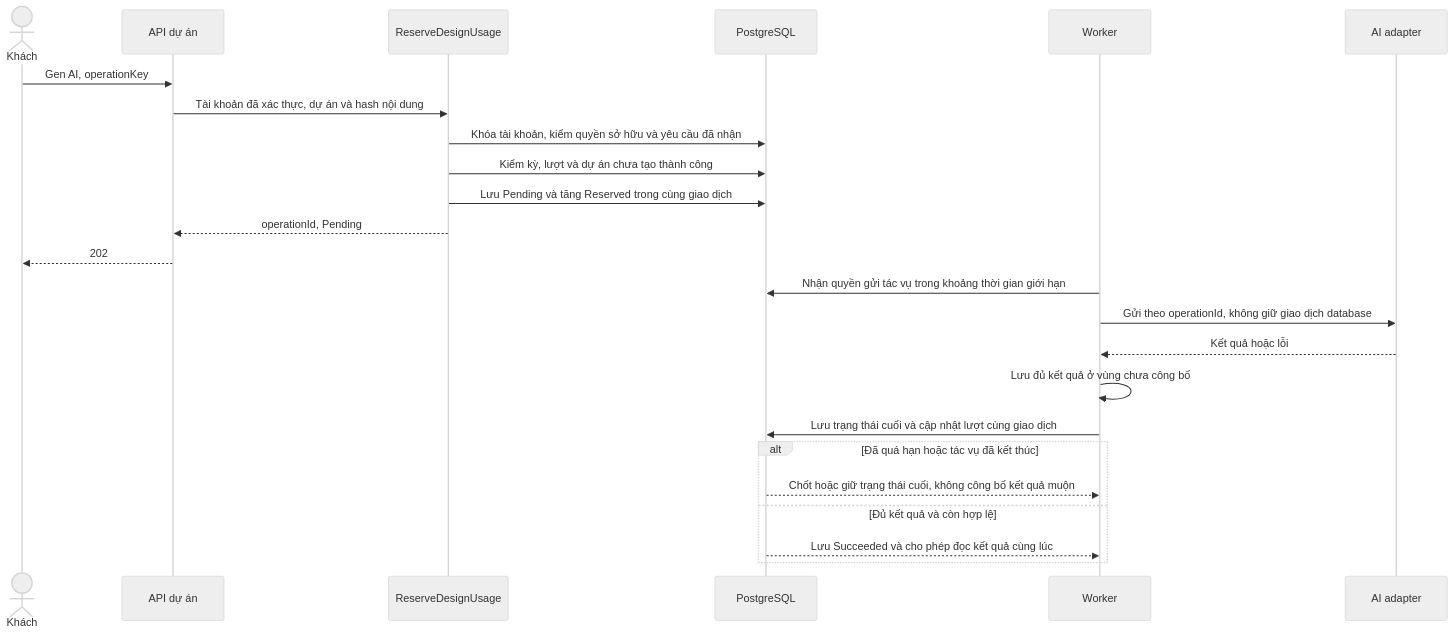
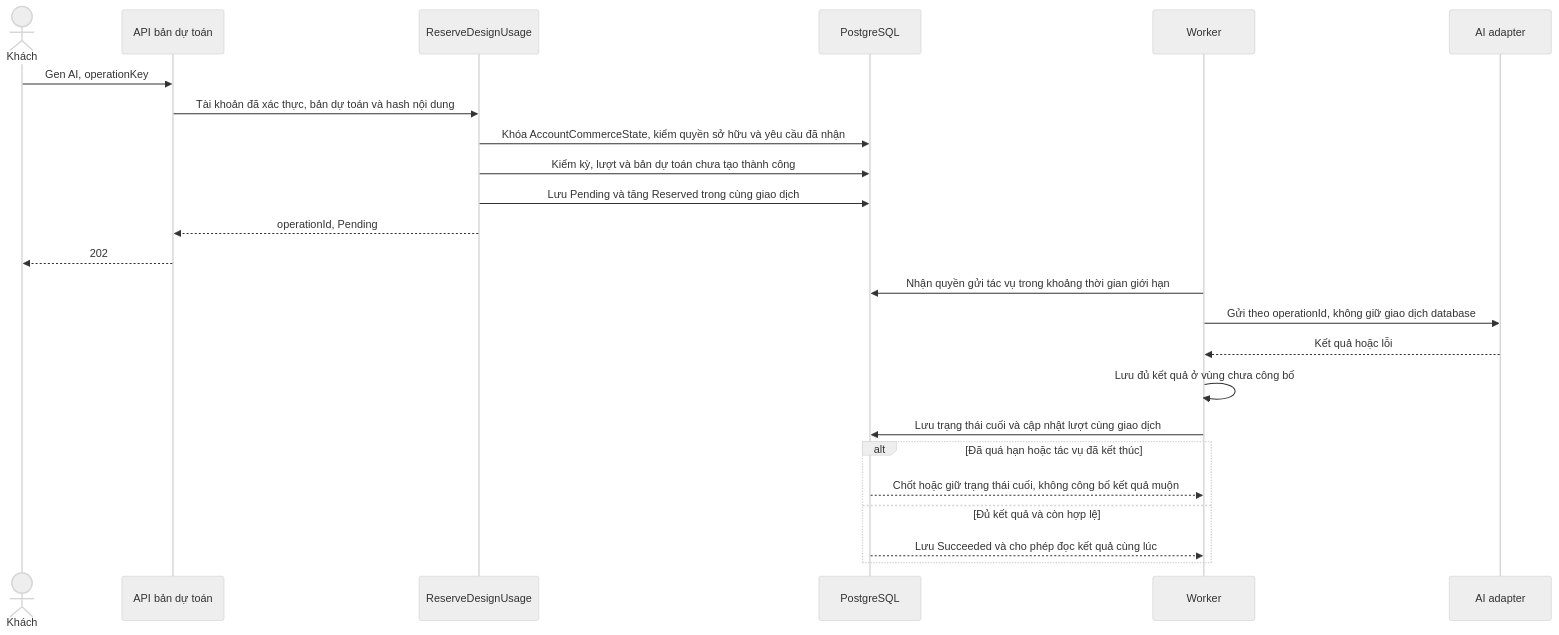
One commit to TaskCoper/bmt-documentation changed the second of 5 diagrams in tdd/TDD-SUB-002.md. Above: the diagram before and after it, drawn with Mermaid (neutral theme). The commit also changed other lines of this file and 19 other files, not shown here.

````diff
--- a/tdd/TDD-SUB-002.md
+++ b/tdd/TDD-SUB-002.md
@@ -298,26 +311,26 @@
 ```mermaid
 sequenceDiagram
     actor U as Khách
-    participant API as API dự án
+    participant API as API bản dự toán
     participant H as ReserveDesignUsage
     participant DB as PostgreSQL
     participant W as Worker
     participant AI as AI adapter
     U->>API: Gen AI, operationKey
-    API->>H: Tài khoản đã xác thực, dự án và hash nội dung
-    H->>DB: Khóa tài khoản, kiểm quyền sở hữu và yêu cầu đã nhận
-    H->>DB: Kiểm kỳ, lượt và dự án chưa tạo thành công
+    API->>H: Tài khoản đã xác thực, bản dự toán và hash nội dung
+    H->>DB: Khóa AccountCommerceState, kiểm quyền sở hữu và yêu cầu đã nhận
+    H->>DB: Kiểm kỳ, lượt và bản dự toán chưa tạo thành công
     H->>DB: Lưu Pending và tăng Reserved trong cùng giao dịch
     H-->>API: operationId, Pending
     API-->>U: 202
     W->>DB: Nhận quyền gửi tác vụ trong khoảng thời gian giới hạn
     W->>AI: Gửi theo operationId, không giữ giao dịch database
     AI-->>W: Kết quả hoặc lỗi
     W->>W: Lưu đủ kết quả ở vùng chưa công bố
     W->>DB: Lưu trạng thái cuối và cập nhật lượt cùng giao dịch
     alt Đã quá hạn hoặc tác vụ đã kết thúc
         DB-->>W: Chốt hoặc giữ trạng thái cuối, không công bố kết quả muộn
     else Đủ kết quả và còn hợp lệ
         DB-->>W: Lưu Succeeded và cho phép đọc kết quả cùng lúc
     end
 ```
````
